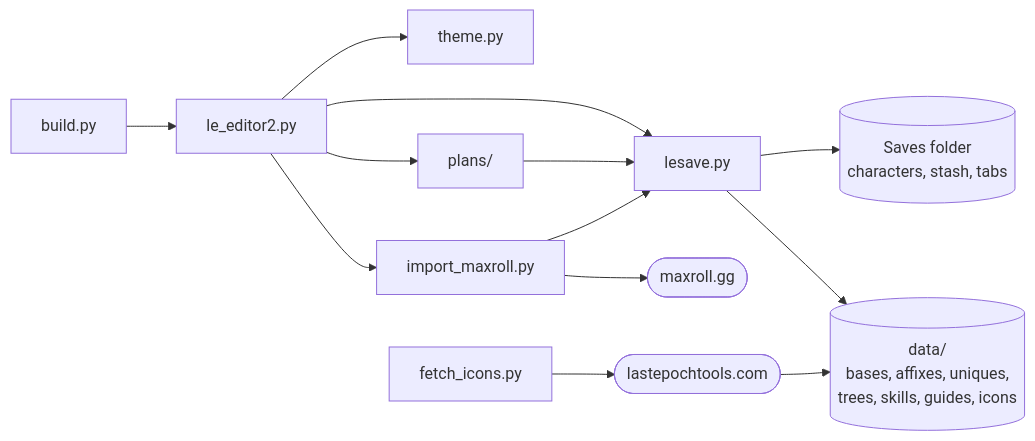
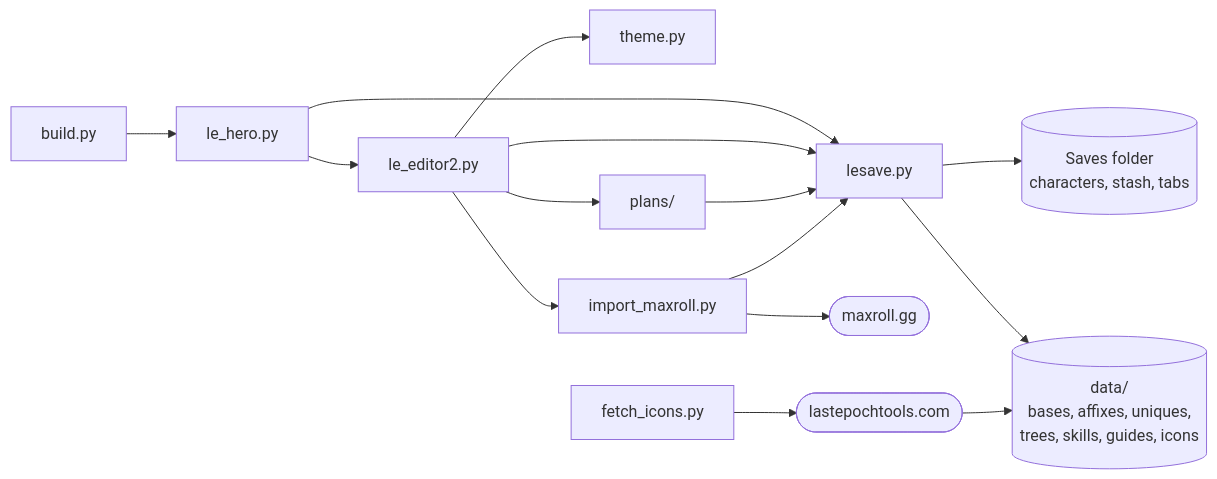
The diagram in README.md (szefo94/last-epoch-save-editor), drawn with Mermaid before and after one commit. The commit also changed other lines of this file and 6 other files, not shown here.

First line of the commit message:
Hero Editor becomes the main program

````diff
--- a/README.md
+++ b/README.md
@@ -59,14 +76,16 @@
 ```mermaid
 graph LR
-    UI[le_editor2.py] --> LIB[lesave.py]
+    HERO[le_hero.py] --> UI[le_editor2.py]
+    HERO --> LIB[lesave.py]
+    UI --> LIB
     UI --> theme.py
     UI --> import_maxroll.py
     UI --> plans/
     plans/ --> LIB
     import_maxroll.py --> LIB
     LIB --> SAVES[(Saves folder<br/>characters, stash, tabs)]
     LIB --> DATA[(data/<br/>bases, affixes, uniques,<br/>trees, skills, guides, icons)]
     import_maxroll.py --> MAX([maxroll.gg])
     fetch_icons.py --> LET([lastepochtools.com]) --> DATA
-    build.py --> UI
+    build.py --> HERO
 ```
````
